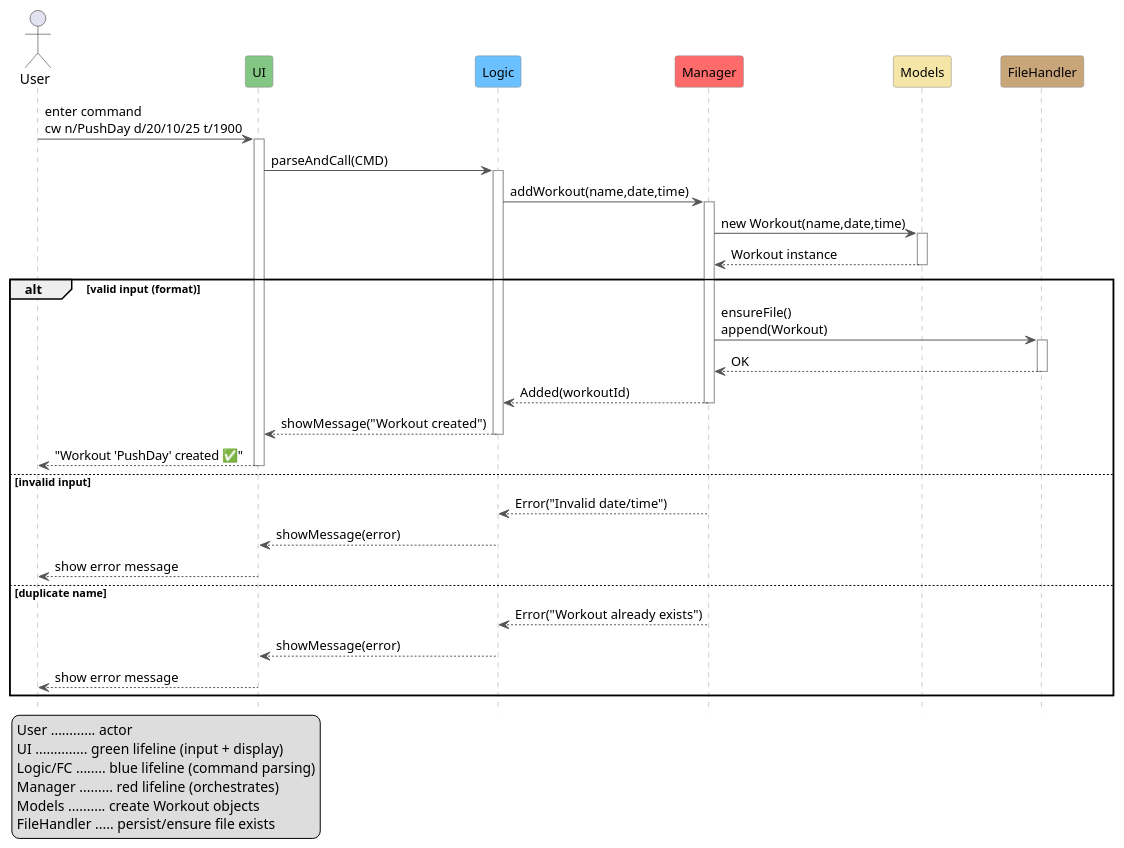
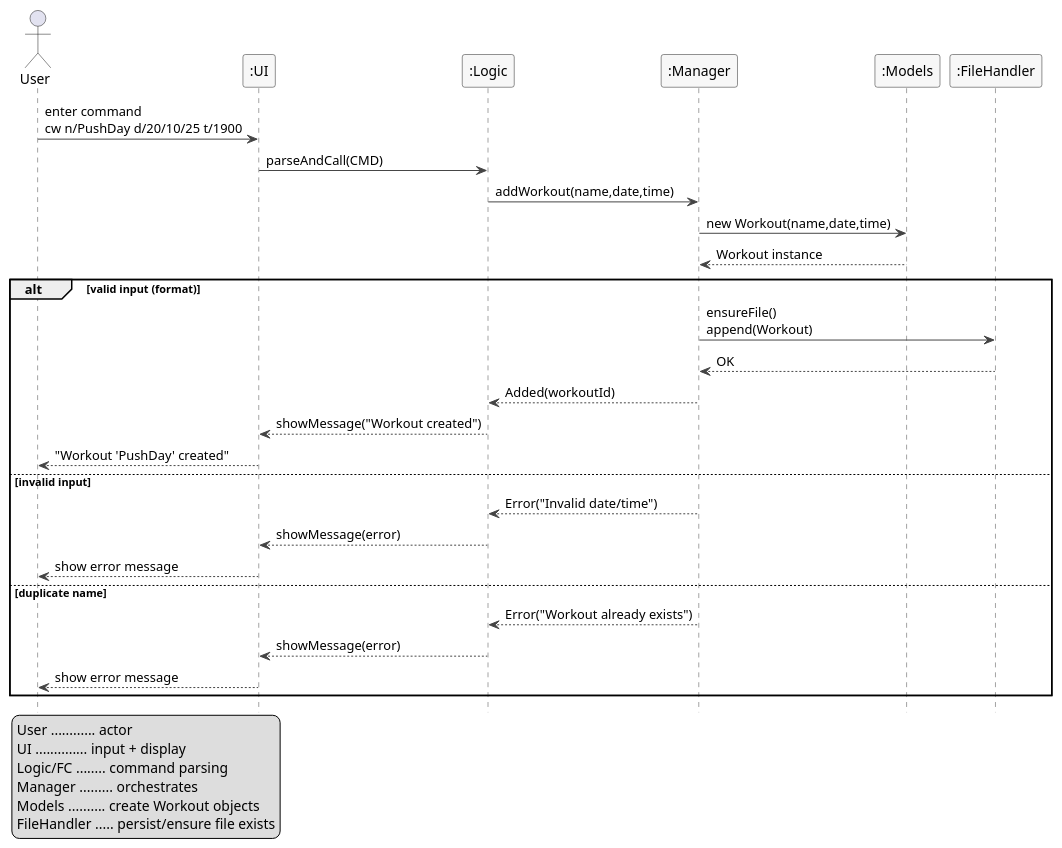
The diagram in docs/diagrams/Architecture_Sequence_Diagram.puml (Exceptional-Khoi/tp), drawn with PlantUML before and after one commit. The commit also changed 12 other files, not shown here.

Commit message:
Formatted all sequence diagrams

```diff
--- a/docs/diagrams/Architecture_Sequence_Diagram.puml
+++ b/docs/diagrams/Architecture_Sequence_Diagram.puml
@@ -1,77 +1,62 @@
 @startuml
-' === Styling (colors roughly match your sketch: green, blue, red, brown) ===
+
+' --- Styling (kept minimal & consistent) ---
+skinparam sequenceParticipantType rectangle
 skinparam shadowing false
+skinparam responseMessageBelowArrow true
 hide footbox
 
 skinparam sequence {
-  ArrowThickness 1
-  ParticipantPadding 20
-  BoxPadding 10
-  LifelineBorderColor #999999
-  LifelineBackgroundColor #ffffff
-  ArrowColor #555555
-}
-skinparam participant {
-  FontSize 13
-  BorderColor #888888
-  BackgroundColor #ffffff
+  ArrowColor #444
+  LifeLineBorderColor #444
+  LifeLineBackgroundColor #FAFAFA
+  ParticipantBorderColor #222
+  ParticipantBackgroundColor #F7F7F7
+  BoxBorderColor #AAA
+  BoxBackgroundColor #FFF
+  NoteBorderColor #AAA
+  NoteBackgroundColor #FFF
 }
 
-actor User as U
-participant "UI" as UI #84C684
-participant "Logic" as L #6BC1FF
-participant "Manager" as M #FF6B6B
-participant "Models" as MDL #F5E6A8
-participant "FileHandler" as FH #C9A57A
+actor    User as U
+participant ":UI"           as UI
+participant ":Logic"        as L
+participant ":Manager"      as M
+participant ":Models"       as MDL
+participant ":FileHandler"  as FH
 
-' === Main happy path ===
-U -> UI : enter command\ncw n/PushDay d/20/10/25 t/1900
-activate UI
-
-UI -> L : parseAndCall(CMD)
-activate L
-
-L -> M : addWorkout(name,date,time)
-activate M
-
-M -> MDL : new Workout(name,date,time)
-activate MDL
+' === Main happy path (logic unchanged) ===
+U  -> UI : enter command\ncw n/PushDay d/20/10/25 t/1900
+UI -> L  : parseAndCall(CMD)
+L  -> M  : addWorkout(name,date,time)
+M  -> MDL: new Workout(name,date,time)
 MDL --> M : Workout instance
-deactivate MDL
 
 alt valid input (format)
-M -> FH : ensureFile()\nappend(Workout)
-activate FH
-FH --> M : OK
-deactivate FH
-M --> L : Added(workoutId)
-deactivate M
-
-L --> UI : showMessage("Workout created")
-deactivate L
-
-UI --> U : "Workout 'PushDay' created ✅"
-deactivate UI
+  M  -> FH : ensureFile()\nappend(Workout)
+  FH --> M  : OK
+  M  --> L  : Added(workoutId)
+  L  --> UI : showMessage("Workout created")
+  UI --> U  : "Workout 'PushDay' created"
 
 ' === Optional validations (reflecting your side notes) ===
 else invalid input
-
-  M --> L : Error("Invalid date/time")
-  L --> UI : showMessage(error)
-  UI --> U : show error message
+  M  --> L  : Error("Invalid date/time")
+  L  --> UI : showMessage(error)
+  UI --> U  : show error message
 else duplicate name
-  M --> L : Error("Workout already exists")
-  L --> UI : showMessage(error)
-  UI --> U : show error message
+  M  --> L  : Error("Workout already exists")
+  L  --> UI : showMessage(error)
+  UI --> U  : show error message
 end
 
-' === Quick legend ===
+' === Quick legend (kept as-is, just neutral styling) ===
 legend left
   User ............ actor
-  UI .............. green lifeline (input + display)
-  Logic/FC ........ blue lifeline (command parsing)
-  Manager ......... red lifeline (orchestrates)
+  UI .............. input + display
+  Logic/FC ........ command parsing
+  Manager ......... orchestrates
   Models .......... create Workout objects
   FileHandler ..... persist/ensure file exists
 endlegend
 @enduml
```
